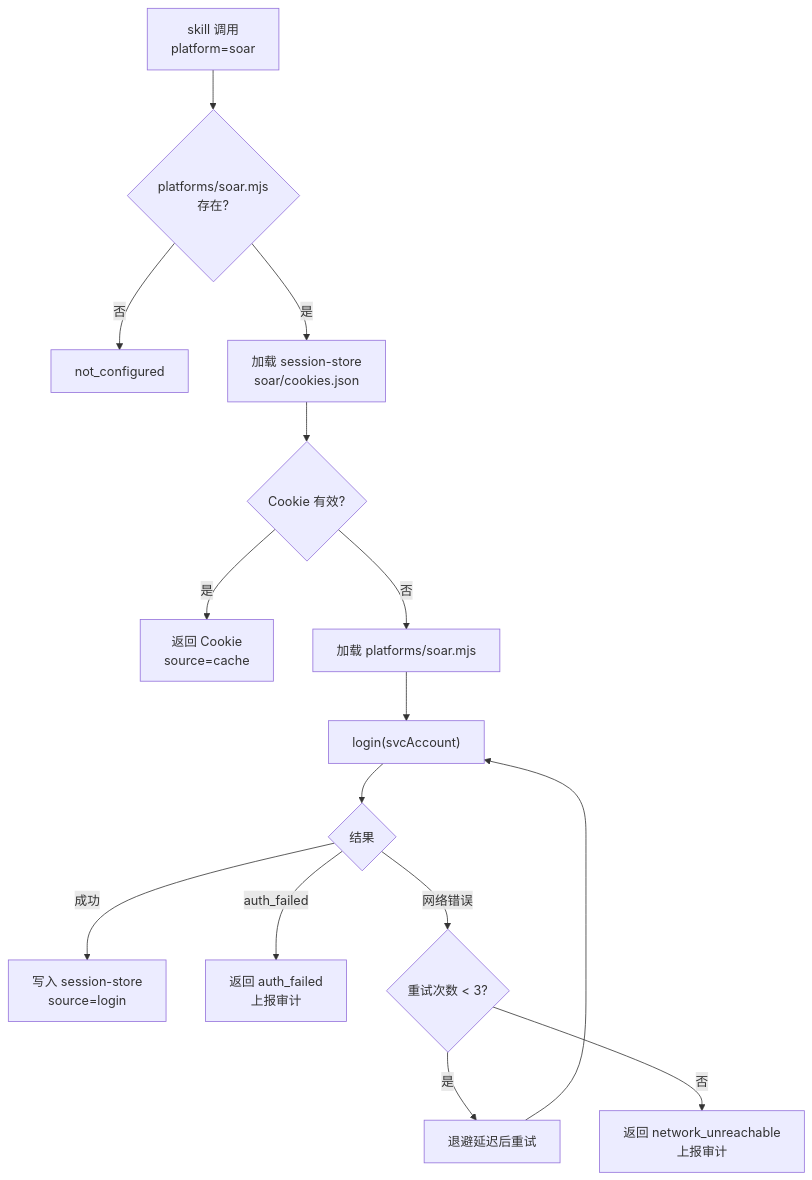
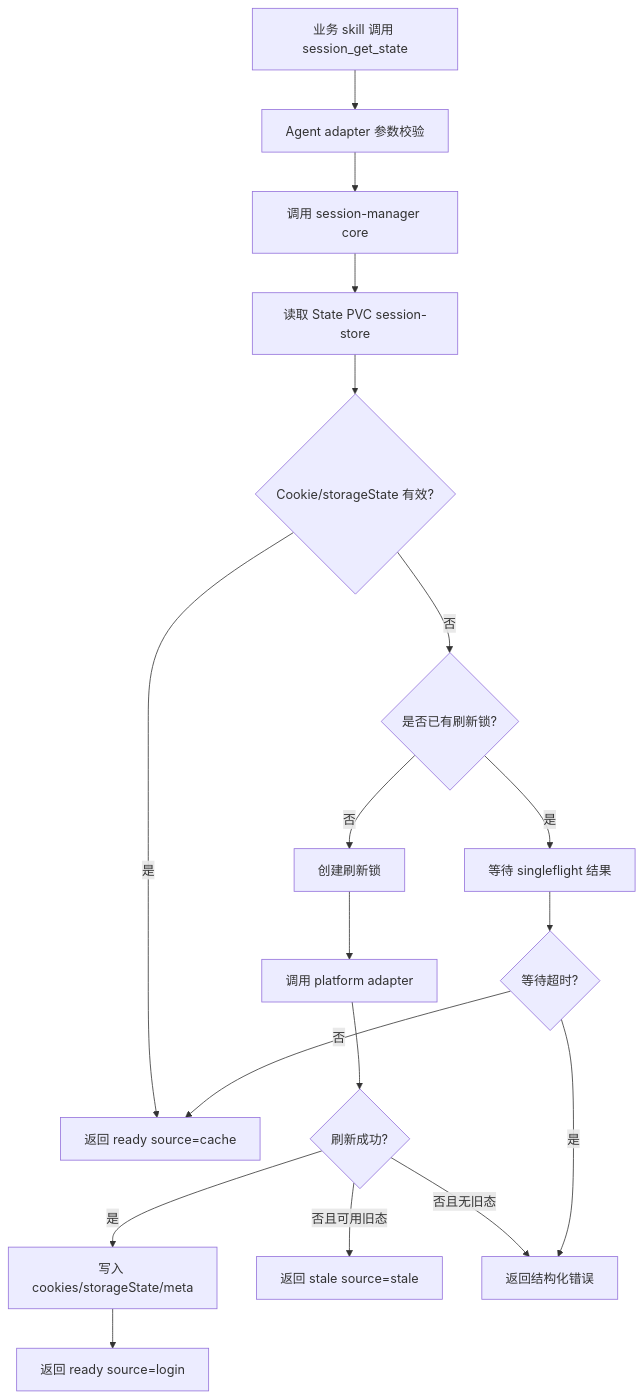
The diagram in .code-flow/tasks/2026-07-06/user-cookie-credential-import/user-cookie-credential-import.design.md (Michaelxwb/muad-openclaw), drawn with Mermaid before and after one commit. The commit also changed other lines of this file and 59 other files, not shown here.

````diff
--- a/.code-flow/tasks/2026-07-06/user-cookie-credential-import/user-cookie-credential-import.design.md
+++ b/.code-flow/tasks/2026-07-06/user-cookie-credential-import/user-cookie-credential-import.design.md
@@ -274,17 +317,20 @@
 ```mermaid
 flowchart TD
-    A["skill 调用<br/>platform=soar"] --> B{"platforms/soar.mjs<br/>存在?"}
-    B -->|否| C1["not_configured"]
-    B -->|是| D["加载 session-store<br/>soar/cookies.json"]
-    D --> E{"Cookie 有效?"}
-    E -->|是| F["返回 Cookie<br/>source=cache"]
-    E -->|否| G["加载 platforms/soar.mjs"]
-    G --> H["login(svcAccount)"]
-    H --> I{"结果"}
-    I -->|成功| J["写入 session-store<br/>source=login"]
-    I -->|auth_failed| K["返回 auth_failed<br/>上报审计"]
-    I -->|网络错误| L{"重试次数 < 3?"}
-    L -->|是| M["退避延迟后重试"]
-    L -->|否| N["返回 network_unreachable<br/>上报审计"]
-    M --> H
+    A["业务 skill 调用 session_get_state"] --> B["Agent adapter 参数校验"]
+    B --> C["调用 session-manager core"]
+    C --> D["读取 State PVC session-store"]
+    D --> E{"Cookie/storageState 有效?"}
+    E -->|是| F["返回 ready source=cache"]
+    E -->|否| G{"是否已有刷新锁?"}
+    G -->|是| H["等待 singleflight 结果"]
+    G -->|否| I["创建刷新锁"]
+    I --> J["调用 platform adapter"]
+    J --> K{"刷新成功?"}
+    K -->|是| L["写入 cookies/storageState/meta"]
+    L --> M["返回 ready source=login"]
+    K -->|否且可用旧态| N["返回 stale source=stale"]
+    K -->|否且无旧态| O["返回结构化错误"]
+    H --> P{"等待超时?"}
+    P -->|否| F
+    P -->|是| O
 ```
````
